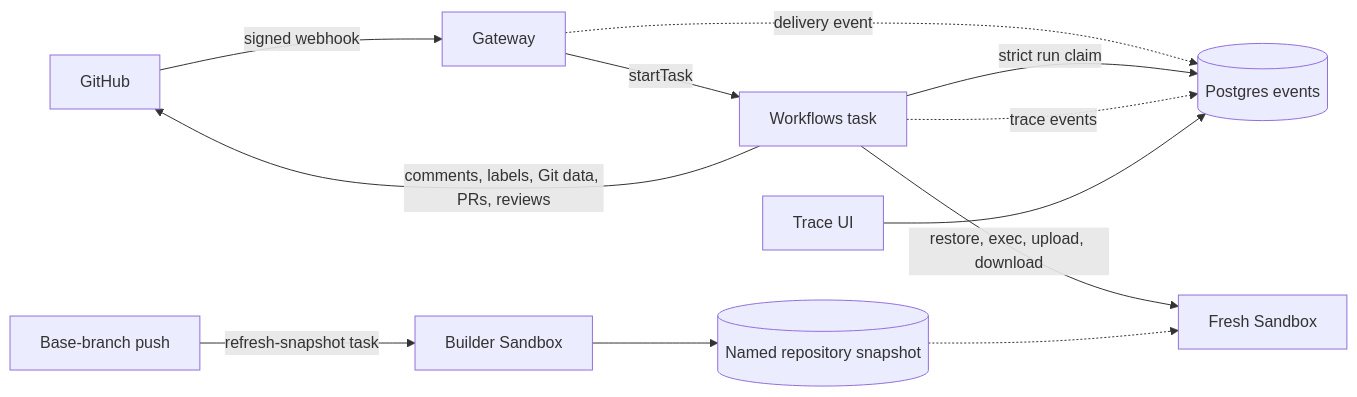
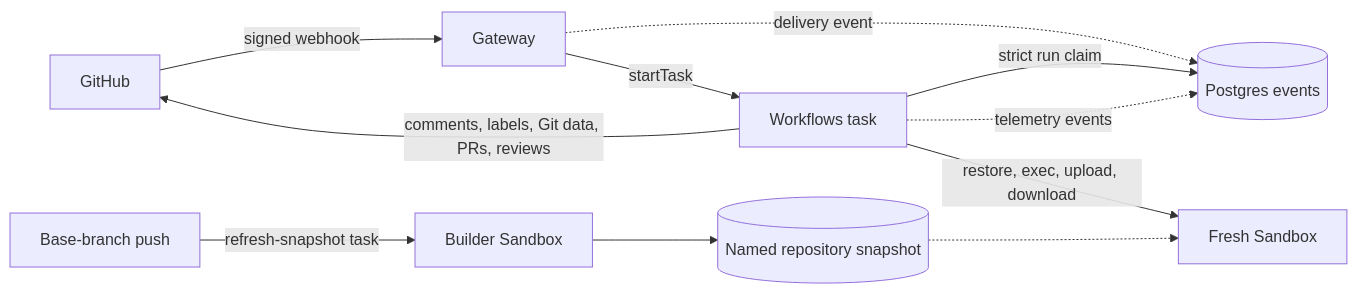
Before and after one commit to Ho1yShif/software-factory: the diagram in docs/2_ARCHITECTURE.md, drawn with Mermaid. The commit also changed other lines of this file and 107 other files, not shown here.

````diff
--- a/docs/2_ARCHITECTURE.md
+++ b/docs/2_ARCHITECTURE.md
@@ -25,17 +25,15 @@
 ```mermaid
 flowchart LR
   gh[GitHub] -->|signed webhook| gateway[Gateway]
   gateway -->|startTask| workflow[Workflows task]
   gateway -.->|delivery event| db[(Postgres events)]
 
   workflow -->|strict run claim| db
-  workflow -.->|trace events| db
+  workflow -.->|telemetry events| db
   workflow -->|restore, exec, upload, download| sandbox[Fresh Sandbox]
   workflow -->|comments, labels, Git data, PRs, reviews| gh
 
   push[Base-branch push] -->|refresh-snapshot task| builder[Builder Sandbox]
   builder --> snapshot[(Named repository snapshot)]
   snapshot -.-> sandbox
-
-  ui[Trace UI] --> db
 ```
````
